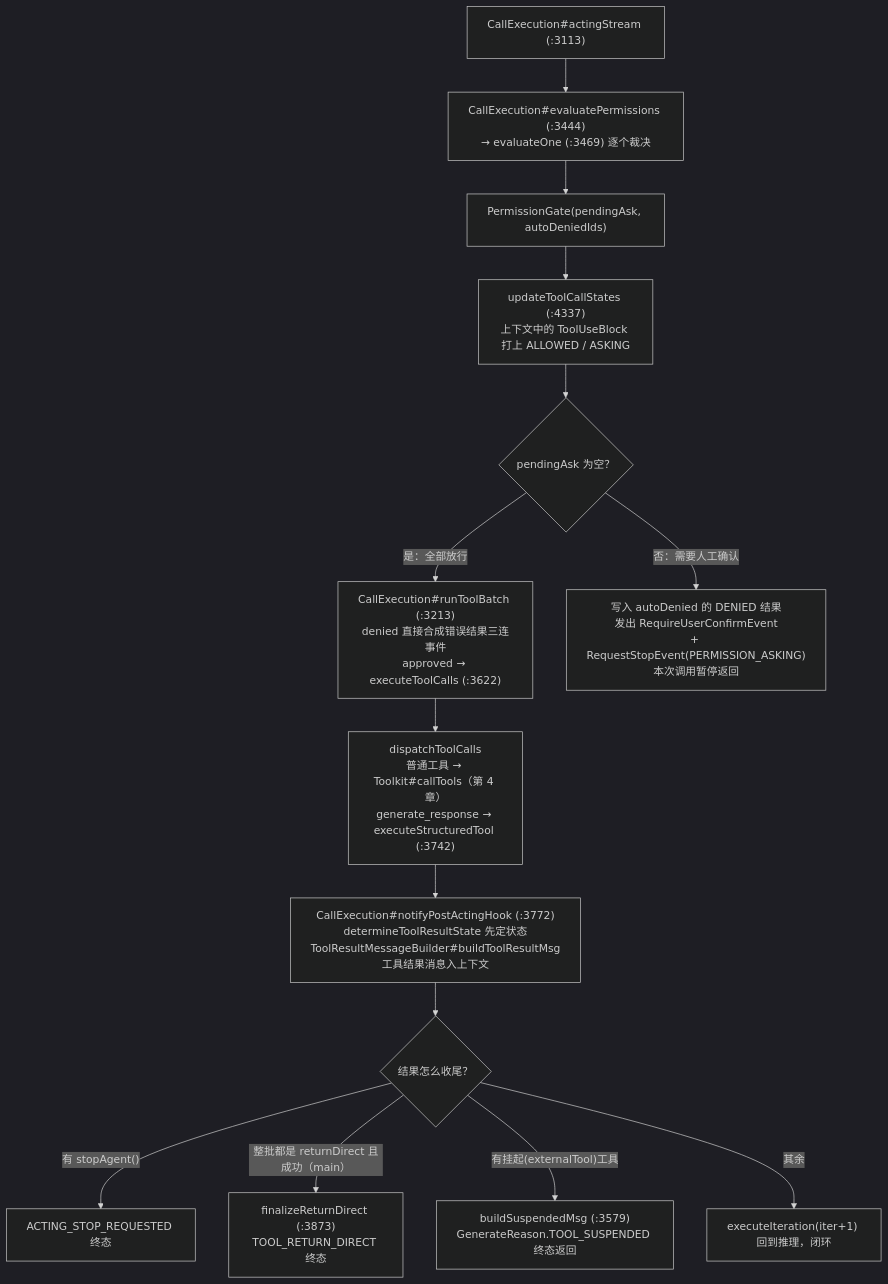
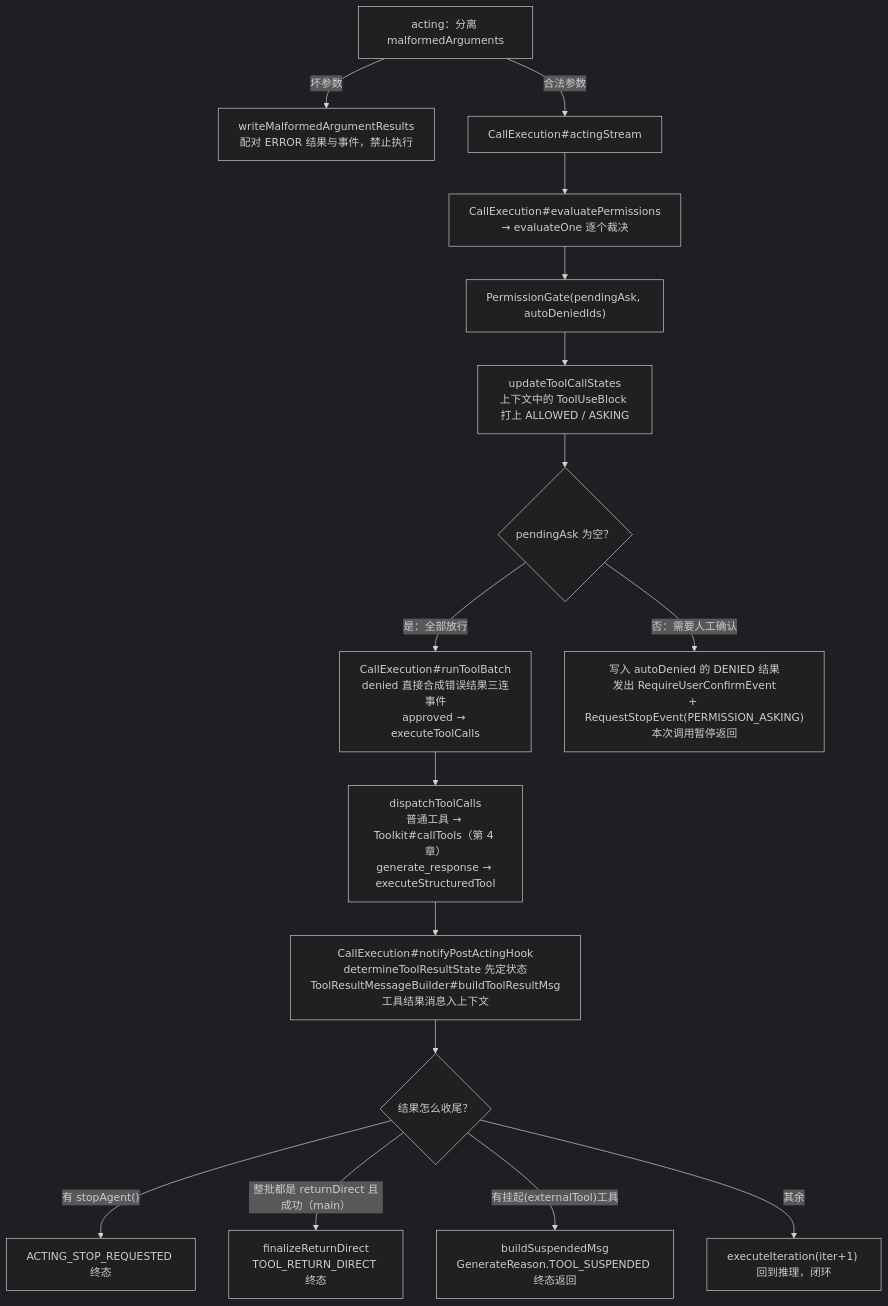
The fourth of 6 diagrams in 03-ReAct主循环.md (liulangjietou/AgentScope-source-analysis), drawn with Mermaid (dark theme) before and after one commit. The commit also changed other lines of this file and 13 other files, not shown here.

Commit message:
docs: align source guide and diagrams with main dcb131a3

````diff
--- a/03-ReAct主循环.md
+++ b/03-ReAct主循环.md
@@ -219,16 +230,18 @@
 ```mermaid
 flowchart TB
-    START["CallExecution#actingStream (:3113)"] --> EVAL["CallExecution#evaluatePermissions (:3444)<br/>→ evaluateOne (:3469) 逐个裁决"]
+    ARGS["acting：分离 malformedArguments"] -->|坏参数| BAD["writeMalformedArgumentResults<br/>配对 ERROR 结果与事件，禁止执行"]
+    ARGS -->|合法参数| START["CallExecution#actingStream"]
+    START --> EVAL["CallExecution#evaluatePermissions<br/>→ evaluateOne 逐个裁决"]
     EVAL --> GATE["PermissionGate(pendingAsk, autoDeniedIds)"]
-    GATE --> UPD["updateToolCallStates (:4337)<br/>上下文中的 ToolUseBlock 打上 ALLOWED / ASKING"]
+    GATE --> UPD["updateToolCallStates<br/>上下文中的 ToolUseBlock 打上 ALLOWED / ASKING"]
     UPD --> Q{"pendingAsk 为空？"}
-    Q -->|"是：全部放行"| RUN["CallExecution#runToolBatch (:3213)<br/>denied 直接合成错误结果三连事件<br/>approved → executeToolCalls (:3622)"]
+    Q -->|"是：全部放行"| RUN["CallExecution#runToolBatch<br/>denied 直接合成错误结果三连事件<br/>approved → executeToolCalls"]
     Q -->|"否：需要人工确认"| ASK["写入 autoDenied 的 DENIED 结果<br/>发出 RequireUserConfirmEvent<br/>+ RequestStopEvent(PERMISSION_ASKING)<br/>本次调用暂停返回"]
-    RUN --> DISPATCH["dispatchToolCalls<br/>普通工具 → Toolkit#callTools（第 4 章）<br/>generate_response → executeStructuredTool (:3742)"]
-    DISPATCH --> POST["CallExecution#notifyPostActingHook (:3772)<br/>determineToolResultState 先定状态<br/>ToolResultMessageBuilder#buildToolResultMsg<br/>工具结果消息入上下文"]
+    RUN --> DISPATCH["dispatchToolCalls<br/>普通工具 → Toolkit#callTools（第 4 章）<br/>generate_response → executeStructuredTool"]
+    DISPATCH --> POST["CallExecution#notifyPostActingHook<br/>determineToolResultState 先定状态<br/>ToolResultMessageBuilder#buildToolResultMsg<br/>工具结果消息入上下文"]
     POST --> NEXT{"结果怎么收尾？"}
     NEXT -->|"有 stopAgent()"| STOP["ACTING_STOP_REQUESTED 终态"]
-    NEXT -->|"整批都是 returnDirect 且成功（main）"| RD["finalizeReturnDirect (:3873)<br/>TOOL_RETURN_DIRECT 终态"]
-    NEXT -->|"有挂起(externalTool)工具"| SUSP["buildSuspendedMsg (:3579)<br/>GenerateReason.TOOL_SUSPENDED 终态返回"]
+    NEXT -->|"整批都是 returnDirect 且成功（main）"| RD["finalizeReturnDirect<br/>TOOL_RETURN_DIRECT 终态"]
+    NEXT -->|"有挂起(externalTool)工具"| SUSP["buildSuspendedMsg<br/>GenerateReason.TOOL_SUSPENDED 终态返回"]
     NEXT -->|"其余"| ITER["executeIteration(iter+1) 回到推理，闭环"]
 ```
````
